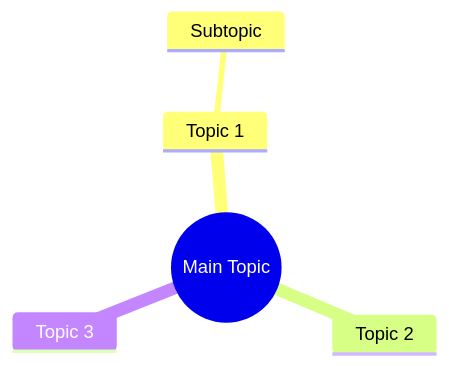
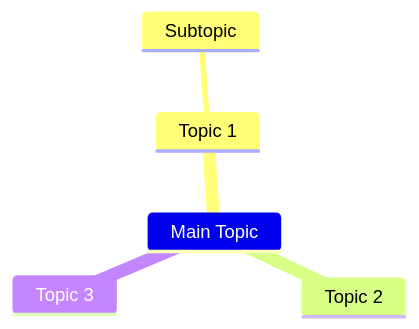
Before and after one commit to pingpm/mermaid_vault: the diagram in mmd/233_62e732d6-279a-49c4-8cc4-1713fc0f8396.mmd, drawn with Mermaid. The commit also changed 2 other files, not shown here.

Commit message:
Sync Mermaid Studio data (5 diagrams)

```diff
--- a/mmd/233_62e732d6-279a-49c4-8cc4-1713fc0f8396.mmd
+++ b/mmd/233_62e732d6-279a-49c4-8cc4-1713fc0f8396.mmd
@@ -1,6 +1,6 @@
 mindmap
-  ((Main Topic))
+  Main Topic
     Topic 1
       Subtopic
     Topic 2
     Topic 3
```
